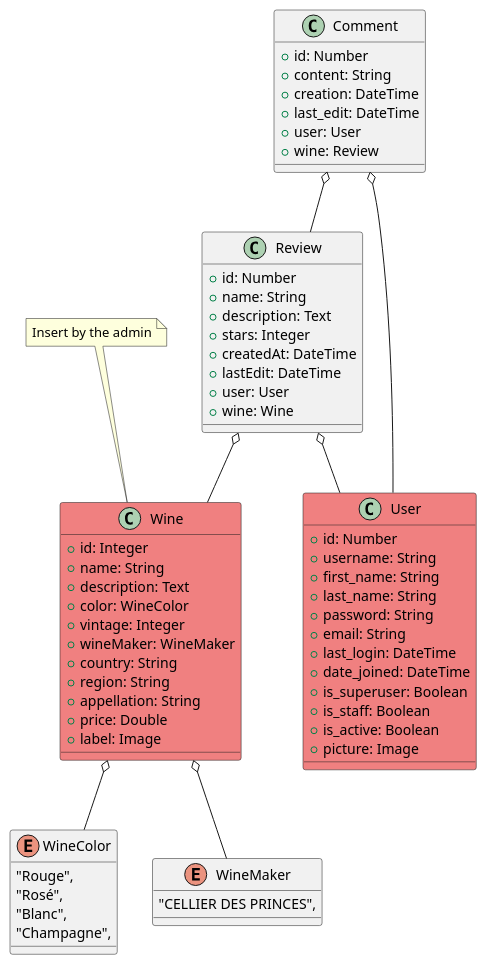
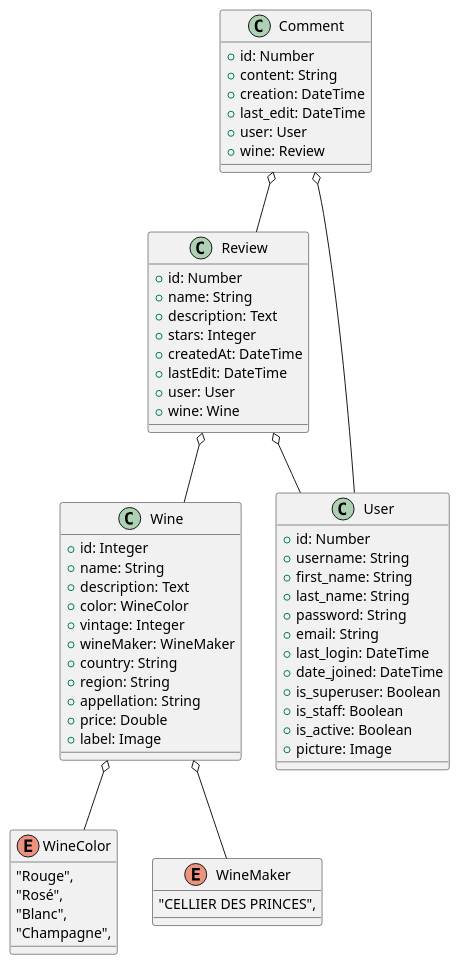
One commit to qanastek/WineNot changed the diagram in API/Overview.plantuml. Above: the diagram before and after it, drawn with PlantUML. The commit also changed 22 other files, not shown here.

```diff
--- a/API/Overview.plantuml
+++ b/API/Overview.plantuml
@@ -1,87 +1,87 @@
 @startuml Overview
 
 ' #LightSkyBlue
 ' rails generate scaffold Wine name:string description:text 
 ' wine_color:references vintage:integer wine_maker:references country:string
 ' region:string appellation:string price:decimal
-class Wine #LightCoral {
+class Wine {
     + id: Integer
     + name: String
     + description: Text
     + color: WineColor
     + vintage: Integer
     + wineMaker: WineMaker
     + country: String
     + region: String
     + appellation: String
     + price: Double
     + label: Image
 }
 Wine o-- WineColor
 Wine o-- WineMaker
-note top of Wine
-Insert by the admin
-end note
+' note top of Wine
+' Insert by the admin
+' end note
 
 ' rails generate scaffold Review name:string description:text
 ' stars:integer createdAt:datetime lastEdit:datetime user:references
 ' wine:references
 class Review {
     + id: Number
     + name: String
     + description: Text
     + stars: Integer
     + createdAt: DateTime
     + lastEdit: DateTime
     + user: User
     + wine: Wine
 }
 Review o-- User
 Review o-- Wine
 
 ' rails generate scaffold Comment content:text createdAt:datetime
 ' lastEdit:datetime user:references wine:references
 class Comment {
     + id: Number
     + content: String
     + creation: DateTime
     + last_edit: DateTime
     + user: User
     + wine: Review
 }
 Comment o-- User
 Comment o-- Review
 
 ' rails generate scaffold User username:string:uniq first_name:string
 ' last_name:string password:string email:string:uniq last_login:datetime
 ' date_joined:datetime is_superuser:boolean is_staff:boolean
 ' is_active:boolean
-class User #LightCoral {
+class User {
     + id: Number
     + username: String
     + first_name: String
     + last_name: String
     + password: String
     + email: String
     + last_login: DateTime
     + date_joined: DateTime
     + is_superuser: Boolean
     + is_staff: Boolean
     + is_active: Boolean
     + picture: Image
 }
 
 ' rails generate scaffold WineColor name:string
 Enum WineColor {
     "Rouge",
     "Rosé",
     "Blanc",
     "Champagne",
 }
 
 ' rails generate scaffold WineMaker name:string
 Enum WineMaker {
     "CELLIER DES PRINCES",
 }
 
 @enduml
```
